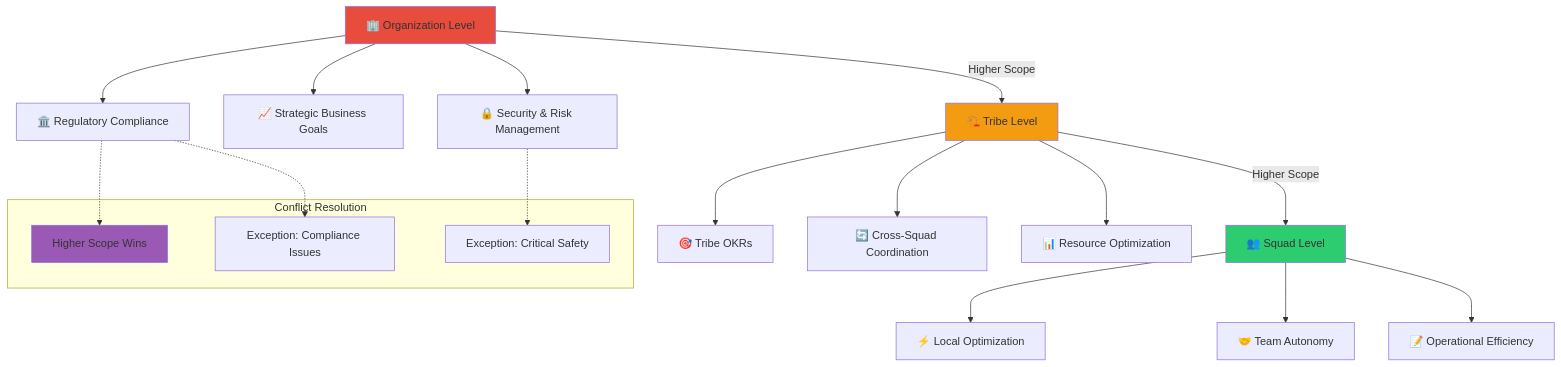
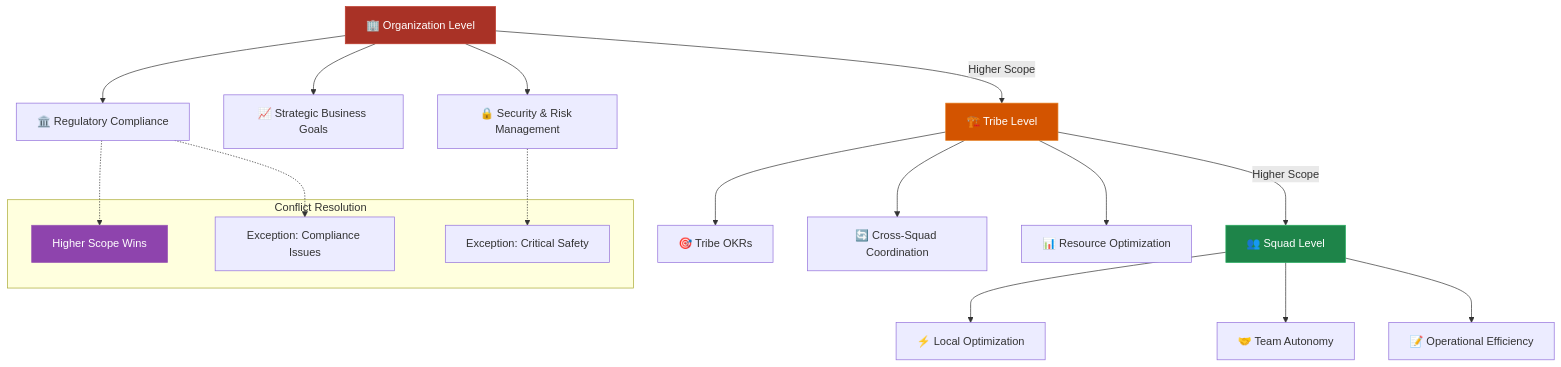
One commit to casheiro/matrix-protocol changed the second of 4 diagrams in content/pt/docs/manual/moc-governance.md. Above: the diagram before and after it, drawn with Mermaid. The commit also changed other lines of this file and 36 other files, not shown here.

````diff
--- a/content/pt/docs/manual/moc-governance.md
+++ b/content/pt/docs/manual/moc-governance.md
@@ -103,32 +104,33 @@
 ```mermaid
 graph TD
     A[🏢 Organization Level] --> B[🏛️ Regulatory Compliance]
     A --> C[📈 Strategic Business Goals]
     A --> D[🔒 Security & Risk Management]
     
     E[🏗️ Tribe Level] --> F[🎯 Tribe OKRs]
     E --> G[🔄 Cross-Squad Coordination]
     E --> H[📊 Resource Optimization]
     
     I[👥 Squad Level] --> J[⚡ Local Optimization]
     I --> K[🤝 Team Autonomy]
     I --> L[📝 Operational Efficiency]
     
     A --> |Higher Scope| E
     E --> |Higher Scope| I
     
     subgraph "Conflict Resolution"
         M[Higher Scope Wins]
         N[Exception: Critical Safety]
         O[Exception: Compliance Issues]
     end
     
     B -.-> M
     D -.-> N
     B -.-> O
     
-    style A fill:#e74c3c
-    style E fill:#f39c12
-    style I fill:#2ecc71
-    style M fill:#9b59b6
+    %% Hierarquia organizacional - Cores por nível
+    style A fill:#A93226,stroke:#C0392B,color:#fff
+    style E fill:#D35400,stroke:#E67E22,color:#fff
+    style I fill:#1E8449,stroke:#27AE60,color:#fff
+    style M fill:#8E44AD,stroke:#9B59B6,color:#fff
 ```
````
